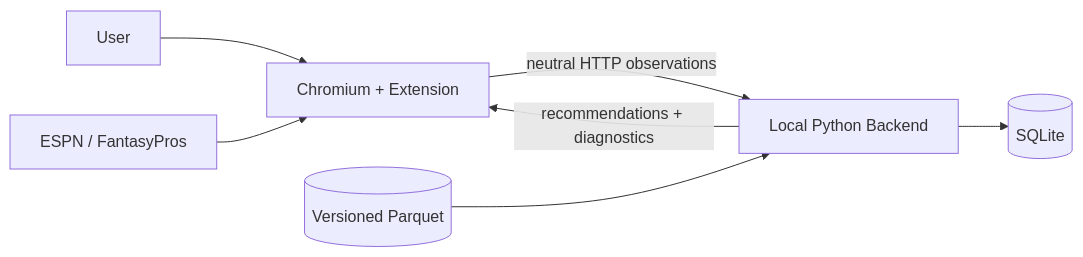
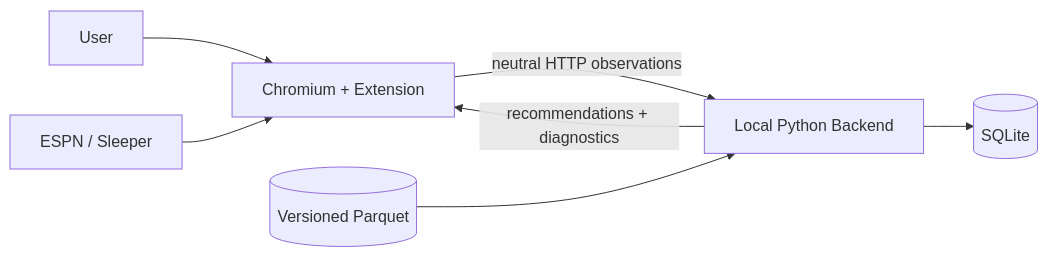
Before and after one commit to aibarzr/nfl-fantasy-assistant: the diagram in docs/architecture/overview.md, drawn with Mermaid. The commit also changed other lines of this file and 13 other files, not shown here.

````diff
--- a/docs/architecture/overview.md
+++ b/docs/architecture/overview.md
@@ -7,9 +7,9 @@
 ```mermaid
 flowchart LR
     User --> Browser[Chromium + Extension]
-    Platform[ESPN / FantasyPros] --> Browser
+    Platform[ESPN / Sleeper] --> Browser
     Browser -->|neutral HTTP observations| Backend[Local Python Backend]
     Backend --> Store[(SQLite)]
     Prepared[(Versioned Parquet)] --> Backend
     Backend -->|recommendations + diagnostics| Browser
 ```
````
